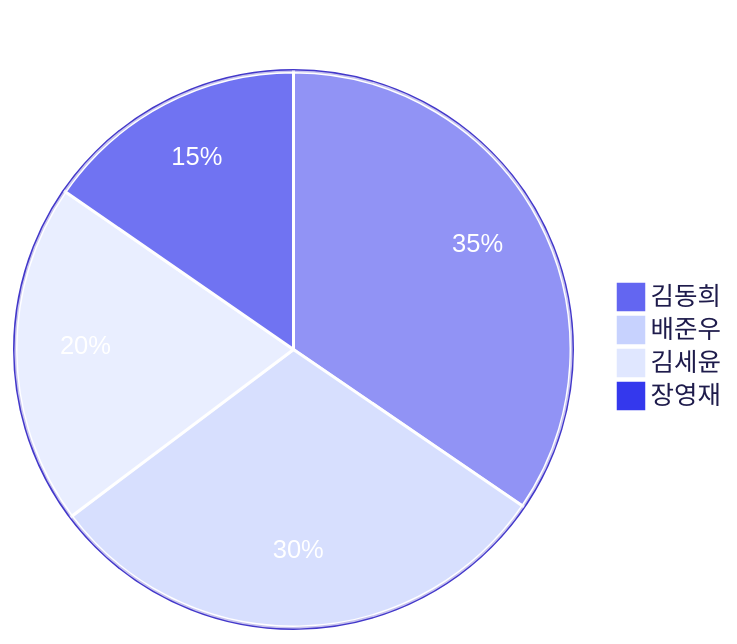
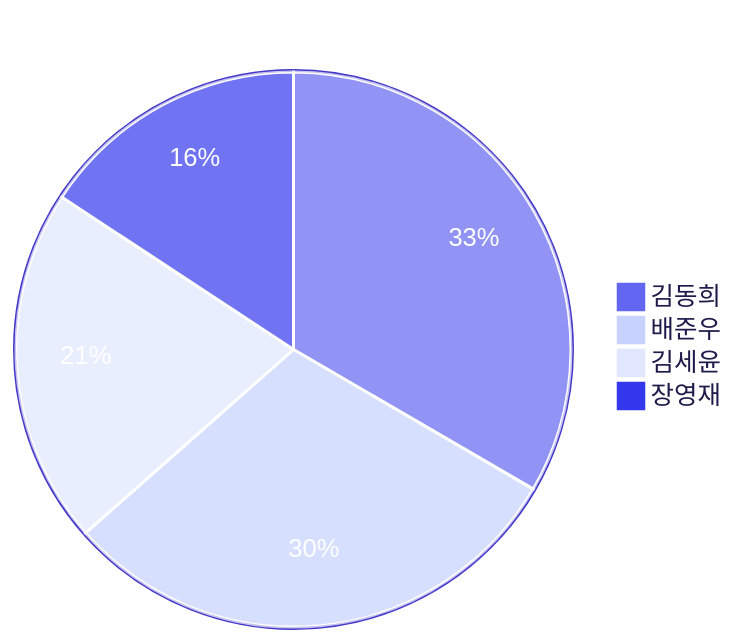
The third of 4 diagrams in README.md (3rd-project-team-1/ALYAC-market-team1), drawn with Mermaid before and after one commit. The commit also changed other lines of this file, not shown here.

Commit message:
docs: 커밋 활동 차트 자동 업데이트 [skip ci]

````diff
--- a/README.md
+++ b/README.md
@@ -430,17 +430,17 @@
 ```mermaid
 %%{init: { 'theme': 'base', 'themeVariables': {
   'primaryColor': '#6366f1',
   'primaryTextColor': '#ffffff',
   'primaryBorderColor': '#4338ca',
   'secondaryColor': '#c7d2fe',
   'tertiaryColor': '#e0e7ff',
   'pieLegendTextColor': '#1e1b4b',
   'pieStrokeColor': '#ffffff',
   'pieOuterStrokeColor': '#4338ca'
 } } }%%
 pie title 기여자별 커밋 수
-  "김동희" : 191
-  "배준우" : 167
-  "김세윤" : 110
-  "장영재" : 85
+  "김동희" : 193
+  "배준우" : 174
+  "김세윤" : 120
+  "장영재" : 91
 ```
````
